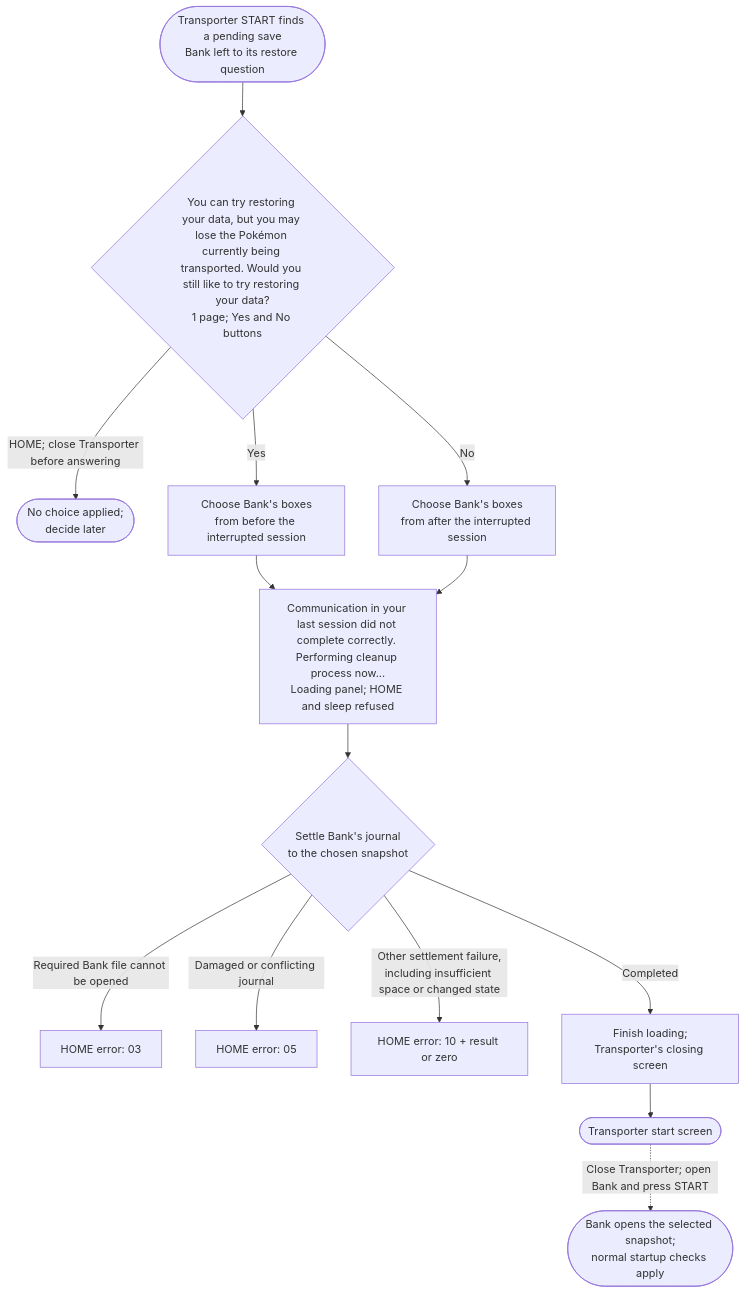
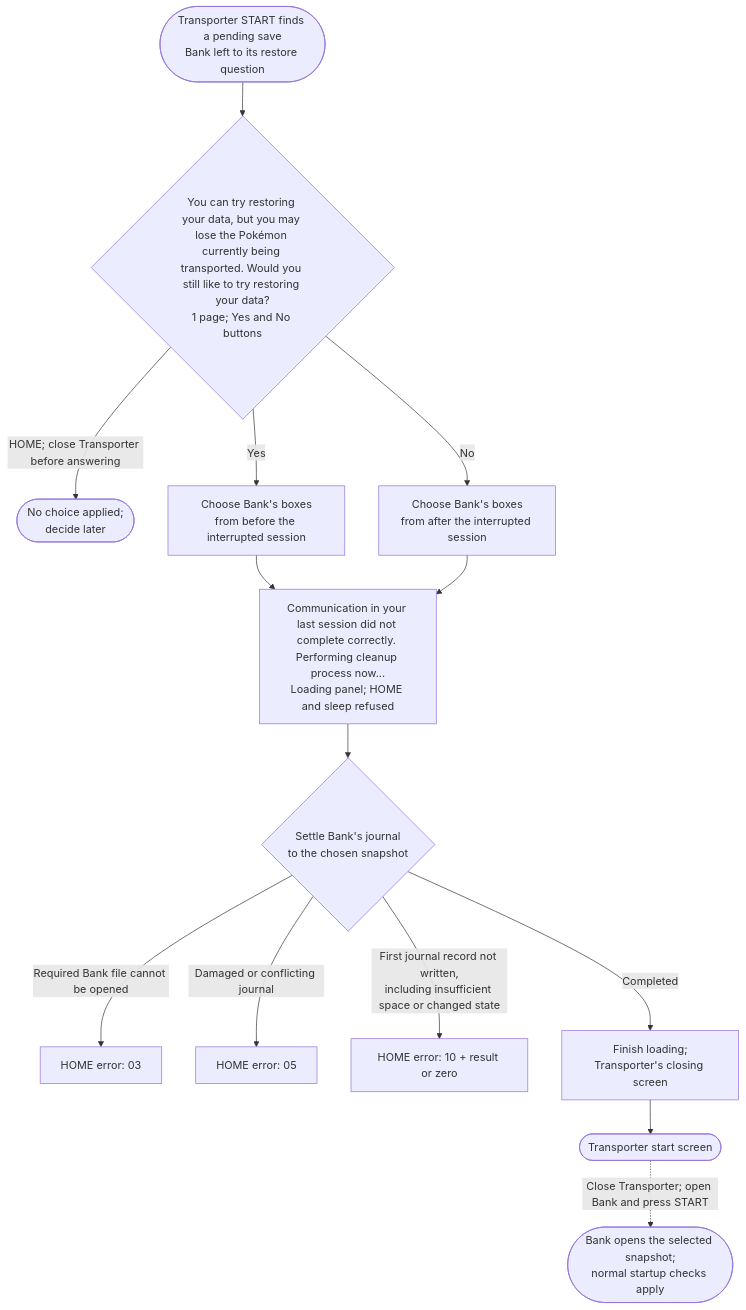
Before and after one commit to devEnju/offline_bank: the fifth of 7 diagrams in docs/errors.md, drawn with Mermaid. The commit also changed other lines of this file and 5 other files, not shown here.

Commit message:
transporter's answer to the restore question holds once its first journal record is durable, as a delivery's announcement does, and the docs say what error 10 after an answer leaves

````diff
--- a/docs/errors.md
+++ b/docs/errors.md
@@ -263,16 +263,16 @@
 ```mermaid
 flowchart TD
     START(["Transporter START finds a pending save<br/>Bank left to its restore question"]) --> QUESTION{"You can try restoring your data, but you may lose the Pokémon currently being transported. Would you still like to try restoring your data?<br/>1 page; Yes and No buttons"}
     QUESTION -->|"HOME; close Transporter before answering"| LATER(["No choice applied;<br/>decide later"])
     QUESTION -->|"Yes"| BEFORE["Choose Bank's boxes<br/>from before the interrupted session"]
     QUESTION -->|"No"| AFTER["Choose Bank's boxes<br/>from after the interrupted session"]
     BEFORE --> PANEL["Communication in your last session did not complete correctly. Performing cleanup process now...<br/>Loading panel; HOME and sleep refused"]
     AFTER --> PANEL
     PANEL --> SETTLE{"Settle Bank's journal<br/>to the chosen snapshot"}
     SETTLE -->|"Required Bank file cannot be opened"| F3["HOME error: 03"]
     SETTLE -->|"Damaged or conflicting journal"| F5["HOME error: 05"]
-    SETTLE -->|"Other settlement failure,<br/>including insufficient space or changed state"| F10["HOME error: 10 + result or zero"]
+    SETTLE -->|"First journal record not written,<br/>including insufficient space or changed state"| F10["HOME error: 10 + result or zero"]
     SETTLE -->|"Completed"| CLOSE["Finish loading;<br/>Transporter's closing screen"]
     CLOSE --> TITLE(["Transporter start screen"])
     TITLE -.->|"Close Transporter; open Bank and press START"| BANK(["Bank opens the selected snapshot;<br/>normal startup checks apply"])
 ```
````
